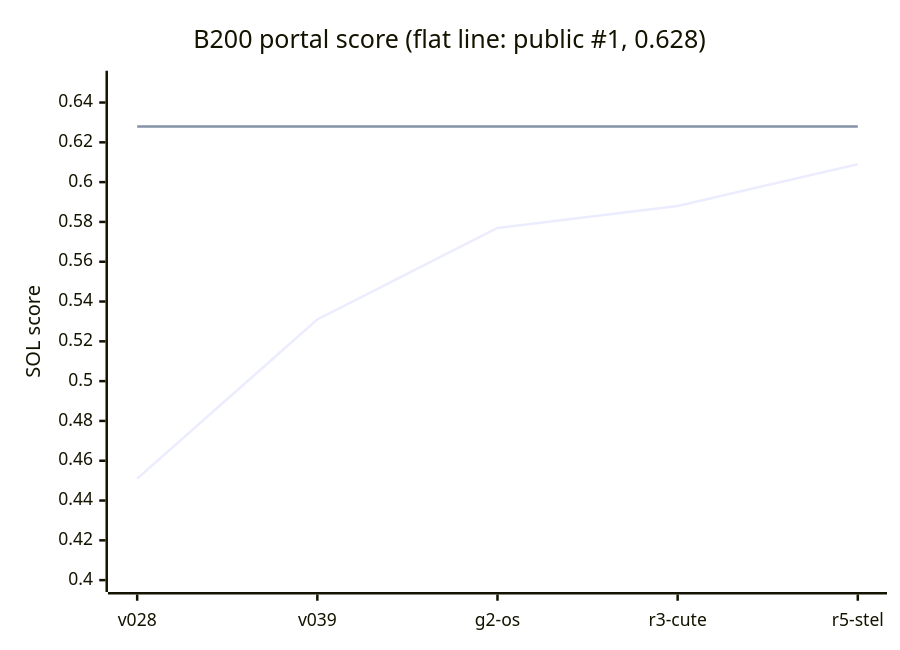
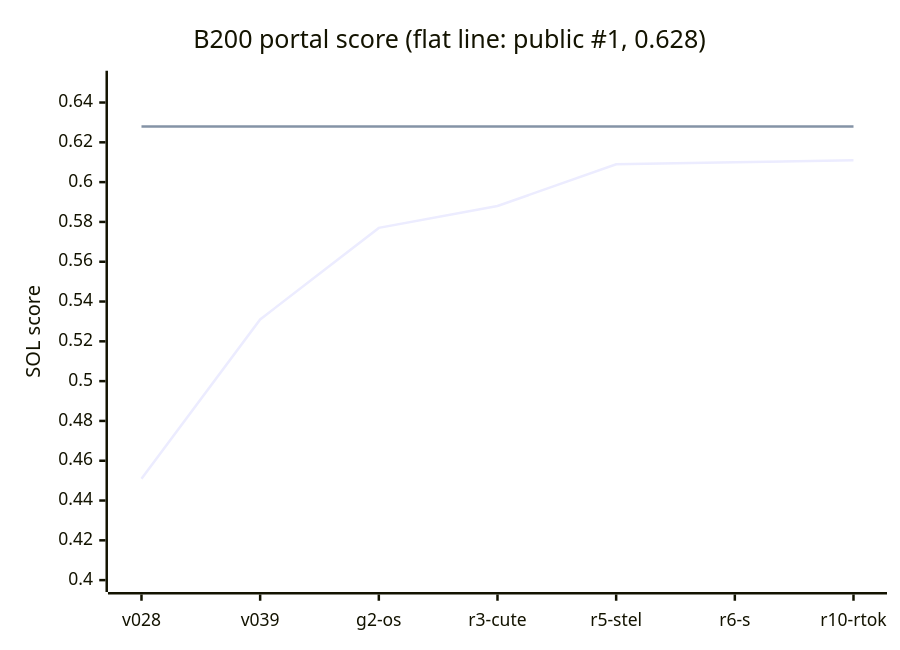
The first of 2 diagrams in README.md (Hha21/execbench-test), drawn with Mermaid before and after one commit. The commit also changed other lines of this file, not shown here.

````diff
--- a/README.md
+++ b/README.md
@@ -14,8 +14,8 @@
 ```mermaid
 xychart-beta
     title "B200 portal score (flat line: public #1, 0.628)"
-    x-axis ["v028", "v039", "g2-os", "r3-cute", "r5-stel"]
+    x-axis ["v028", "v039", "g2-os", "r3-cute", "r5-stel", "r6-s", "r10-rtok"]
     y-axis "SOL score" 0.40 --> 0.65
-    line [0.451, 0.531, 0.577, 0.588, 0.609]
-    line [0.628, 0.628, 0.628, 0.628, 0.628]
+    line [0.451, 0.531, 0.577, 0.588, 0.609, 0.610, 0.611]
+    line [0.628, 0.628, 0.628, 0.628, 0.628, 0.628, 0.628]
 ```
````
